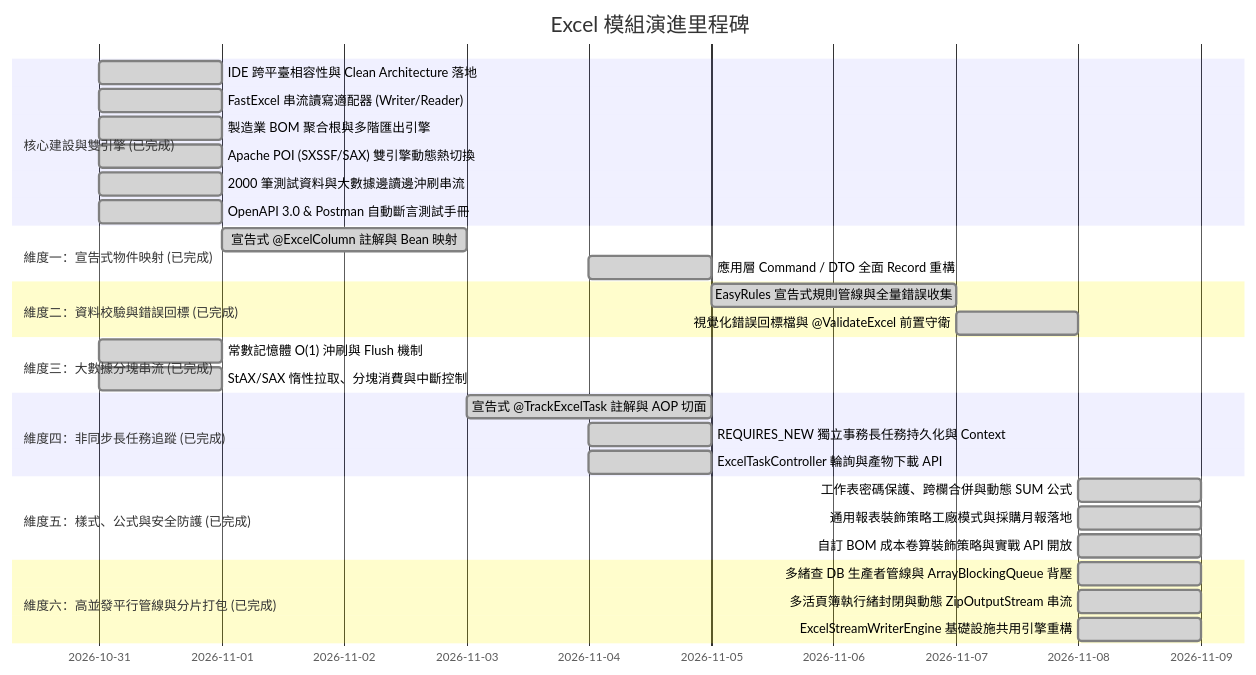
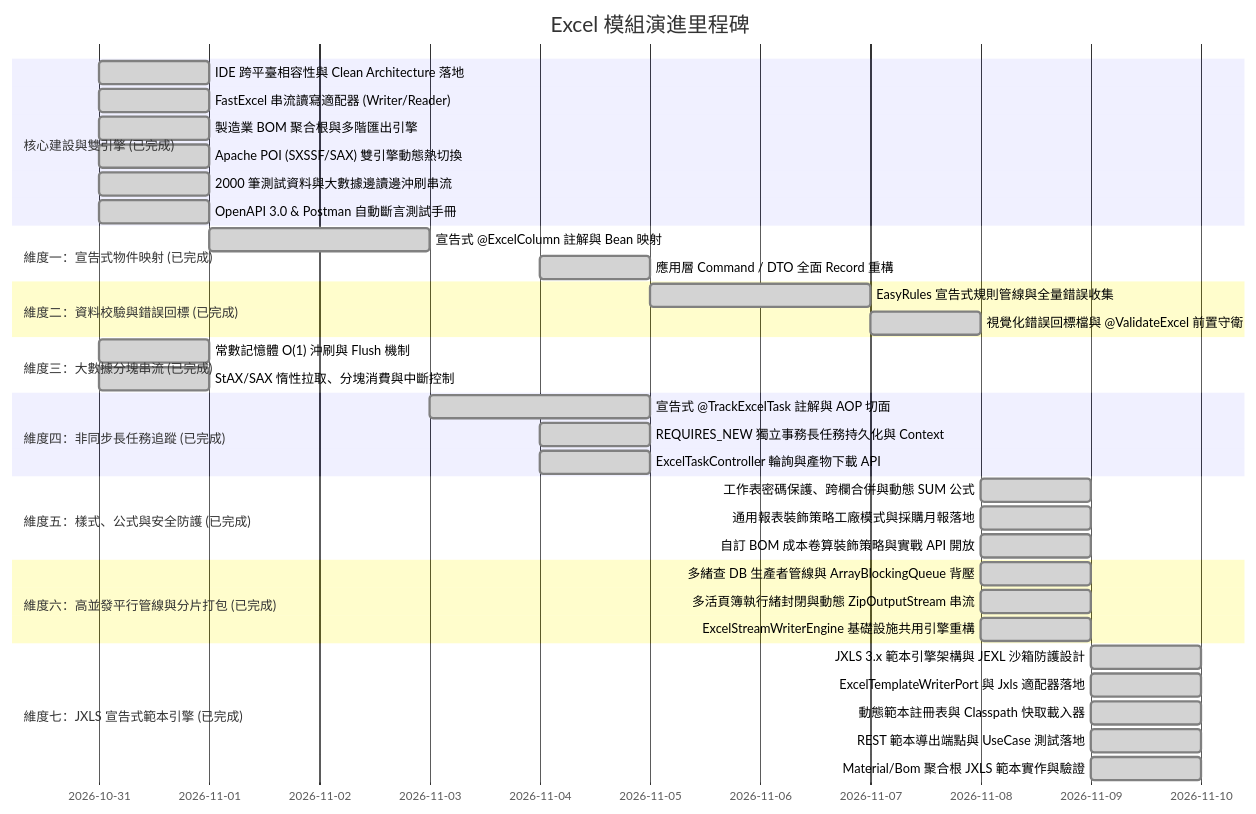
Before and after one commit to nick54785478/excel-module: the second of 2 diagrams in README.md, drawn with Mermaid. The commit also changed other lines of this file and 332 other files, not shown here.

Commit message:
refactor: modularize controller, ports, service and adapter layers into 7 symmetrical modules with JXLS template export and doc updates

````diff
--- a/README.md
+++ b/README.md
@@ -491,39 +587,46 @@
 ```mermaid
 gantt
     title Excel 模組演進里程碑
     dateFormat  YYYY-MM-DD
     section 核心建設與雙引擎 (已完成)
     IDE 跨平臺相容性與 Clean Architecture 落地  :done, 2026-10-31, 1d
     FastExcel 串流讀寫適配器 (Writer/Reader)     :done, 2026-10-31, 1d
     製造業 BOM 聚合根與多階匯出引擎             :done, 2026-10-31, 1d
     Apache POI (SXSSF/SAX) 雙引擎動態熱切換     :done, 2026-10-31, 1d
     2000 筆測試資料與大數據邊讀邊沖刷串流       :done, 2026-10-31, 1d
     OpenAPI 3.0 & Postman 自動斷言測試手冊     :done, 2026-10-31, 1d
     
     section 維度一：宣告式物件映射 (已完成)
     宣告式 @ExcelColumn 註解與 Bean 映射       :done, 2026-11-01, 2d
     應用層 Command / DTO 全面 Record 重構       :done, 2026-11-04, 1d
     
     section 維度二：資料校驗與錯誤回標 (已完成)
     EasyRules 宣告式規則管線與全量錯誤收集       :done, 2026-11-05, 2d
     視覺化錯誤回標檔與 @ValidateExcel 前置守衛  :done, 2026-11-07, 1d
 
     section 維度三：大數據分塊串流 (已完成)
     常數記憶體 O(1) 沖刷與 Flush 機制          :done, 2026-10-31, 1d
     StAX/SAX 惰性拉取、分塊消費與中斷控制       :done, 2026-10-31, 1d
 
     section 維度四：非同步長任務追蹤 (已完成)
     宣告式 @TrackExcelTask 註解與 AOP 切面      :done, 2026-11-03, 2d
     REQUIRES_NEW 獨立事務長任務持久化與 Context  :done, 2026-11-04, 1d
     ExcelTaskController 輪詢與產物下載 API      :done, 2026-11-04, 1d
     
     section 維度五：樣式、公式與安全防護 (已完成)
     工作表密碼保護、跨欄合併與動態 SUM 公式     :done, 2026-11-08, 1d
     通用報表裝飾策略工廠模式與採購月報落地      :done, 2026-11-08, 1d
     自訂 BOM 成本卷算裝飾策略與實戰 API 開放    :done, 2026-11-08, 1d
 
     section 維度六：高並發平行管線與分片打包 (已完成)
     多緒查 DB 生產者管線與 ArrayBlockingQueue 背壓 :done, 2026-11-08, 1d
     多活頁簿執行緒封閉與動態 ZipOutputStream 串流 :done, 2026-11-08, 1d
     ExcelStreamWriterEngine 基礎設施共用引擎重構 :done, 2026-11-08, 1d
+
+    section 維度七：JXLS 宣告式範本引擎 (已完成)
+    JXLS 3.x 範本引擎架構與 JEXL 沙箱防護設計   :done, 2026-11-09, 1d
+    ExcelTemplateWriterPort 與 Jxls 適配器落地 :done, 2026-11-09, 1d
+    動態範本註冊表與 Classpath 快取載入器       :done, 2026-11-09, 1d
+    REST 範本導出端點與 UseCase 測試落地       :done, 2026-11-09, 1d
+    Material/Bom 聚合根 JXLS 範本實作與驗證    :done, 2026-11-09, 1d
 ```
````
